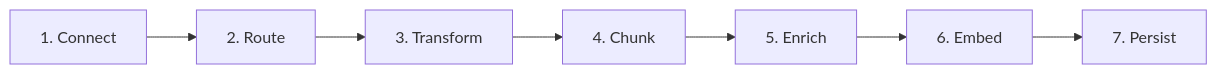
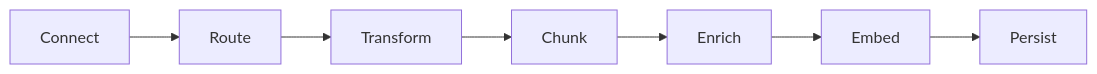
The first of 2 diagrams in platform/overview.mdx (Unstructured-IO/docs), drawn with Mermaid before and after one commit. The commit also changed other lines of this file and 23 other files, not shown here.

````diff
--- a/platform/overview.mdx
+++ b/platform/overview.mdx
@@ -27,4 +27,4 @@
 ```mermaid
-  flowchart LR
-    Connect[1. Connect]-->Route[2. Route]-->Transform[3. Transform]-->Chunk[4. Chunk]-->Enrich[5. Enrich]-->Embed[6. Embed]-->Persist[7. Persist]
+flowchart LR
+    Connect-->Route-->Transform-->Chunk-->Enrich-->Embed-->Persist
 ```
````
